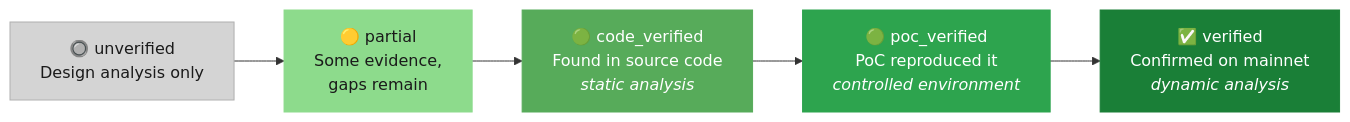
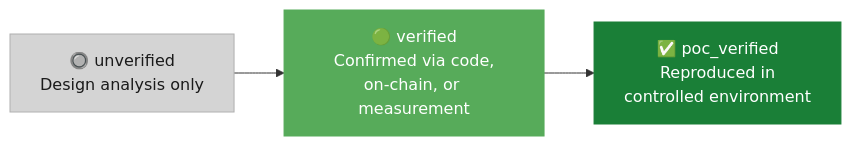
One commit to jyo-o/bonda-docs changed the first of 2 diagrams in methodology/verification.md. Above: the diagram before and after it, drawn with Mermaid. The commit also changed other lines of this file and 47 other files, not shown here.

````diff
--- a/methodology/verification.md
+++ b/methodology/verification.md
@@ -44,16 +17,12 @@
 ```mermaid
 flowchart LR
     U["🔘 unverified<br/>Design analysis only"]
-    P["🟡 partial<br/>Some evidence,<br/>gaps remain"]
-    C["🟢 code_verified<br/>Found in source code<br/><i>static analysis</i>"]
-    PC["🟢 poc_verified<br/>PoC reproduced it<br/><i>controlled environment</i>"]
-    V["✅ verified<br/>Confirmed on mainnet<br/><i>dynamic analysis</i>"]
+    V["🟢 verified<br/>Confirmed via code,<br/>on-chain, or measurement"]
+    P["✅ poc_verified<br/>Reproduced in<br/>controlled environment"]
 
-    U --> P --> C --> PC --> V
+    U --> V --> P
 
     style U fill:#d4d4d4,color:#1a1a1a,stroke:#b0b0b0
-    style P fill:#8ddb8c,color:#1a1a1a,stroke:#8ddb8c
-    style C fill:#57ab5a,color:#fff,stroke:#57ab5a
-    style PC fill:#2da44e,color:#fff,stroke:#2da44e
-    style V fill:#1a7f37,color:#fff,stroke:#1a7f37
+    style V fill:#57ab5a,color:#fff,stroke:#57ab5a
+    style P fill:#1a7f37,color:#fff,stroke:#1a7f37
 ```
````
